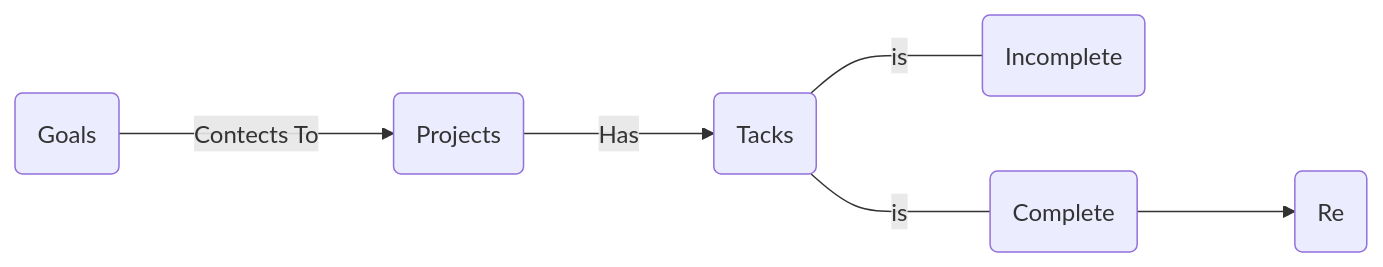
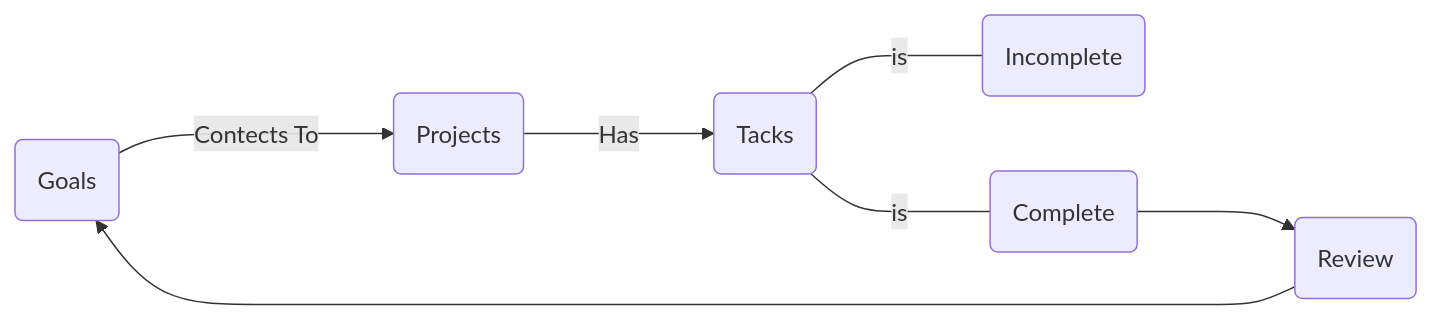
Before and after one commit to JerryOh/iodraw-files: the diagram in all/未命名-2.md, drawn with Mermaid.

Commit message:
2024-06-06 23:58:37 update

````diff
--- a/all/未命名-2.md
+++ b/all/未命名-2.md
@@ -1,7 +1,8 @@
 ```mermaid
 flowchart LR
 G(Goals) ---> |Contects To| P(Projects)
 P ---> |Has| PT(Tacks)
 PT ---- |is| IC(Incomplete) &  C(Complete)
-C ---> R(Re)
+C ---> R(Review)
+R ---> G
 ```
````
